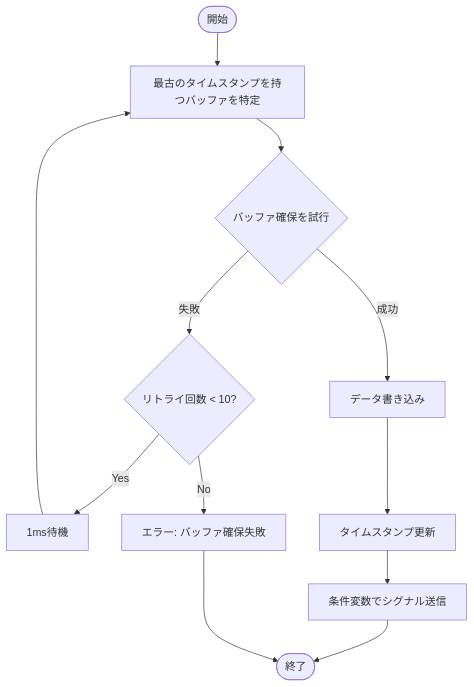
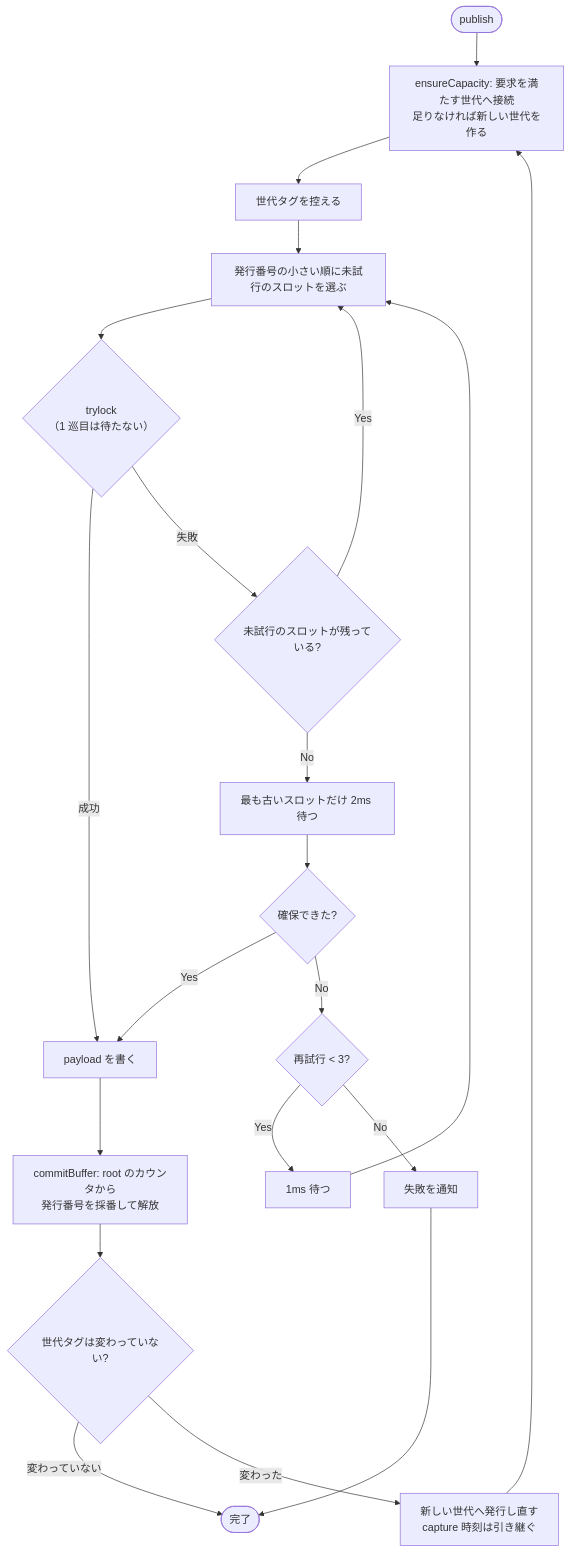
Before and after one commit to REACT-ROBOT/shared-memory-based-handy-communication-manager: the eighth of 17 diagrams in manual/spec_jp.md, drawn with Mermaid. The commit also changed other lines of this file and 4 other files, not shown here.

```diff
--- a/manual/spec_jp.md
+++ b/manual/spec_jp.md
@@ -387,14 +375,22 @@
 <div class="mermaid">
 flowchart TD
-    Start([開始]) --> GetOldest[最古のタイムスタンプを持つバッファを特定]
-    GetOldest --> TryAlloc{バッファ確保を試行}
-    TryAlloc -->|成功| WriteData[データ書き込み]
-    TryAlloc -->|失敗| CheckRetry{リトライ回数 < 10?}
-    CheckRetry -->|Yes| Wait[1ms待機]
-    Wait --> GetOldest
-    CheckRetry -->|No| Error[エラー: バッファ確保失敗]
-    WriteData --> UpdateTime[タイムスタンプ更新]
-    UpdateTime --> Signal[条件変数でシグナル送信]
-    Signal --> End([終了])
+    Start([publish]) --> Ensure[ensureCapacity: 要求を満たす世代へ接続<br/>足りなければ新しい世代を作る]
+    Ensure --> Tag[世代タグを控える]
+    Tag --> Scan[発行番号の小さい順に未試行のスロットを選ぶ]
+    Scan --> Try{trylock<br/>（1 巡目は待たない）}
+    Try -->|成功| Write[payload を書く]
+    Try -->|失敗| More{未試行のスロットが残っている?}
+    More -->|Yes| Scan
+    More -->|No| Wait[最も古いスロットだけ 2ms 待つ]
+    Wait --> Try2{確保できた?}
+    Try2 -->|Yes| Write
+    Try2 -->|No| Retry{再試行 < 3?}
+    Retry -->|Yes| Sleep[1ms 待つ] --> Scan
+    Retry -->|No| Error[失敗を通知]
+    Write --> Commit[commitBuffer: root のカウンタから<br/>発行番号を採番して解放]
+    Commit --> Check{世代タグは変わっていない?}
+    Check -->|変わっていない| End([完了])
+    Check -->|変わった| Republish[新しい世代へ発行し直す<br/>capture 時刻は引き継ぐ]
+    Republish --> Ensure
     Error --> End
 </div>
```
